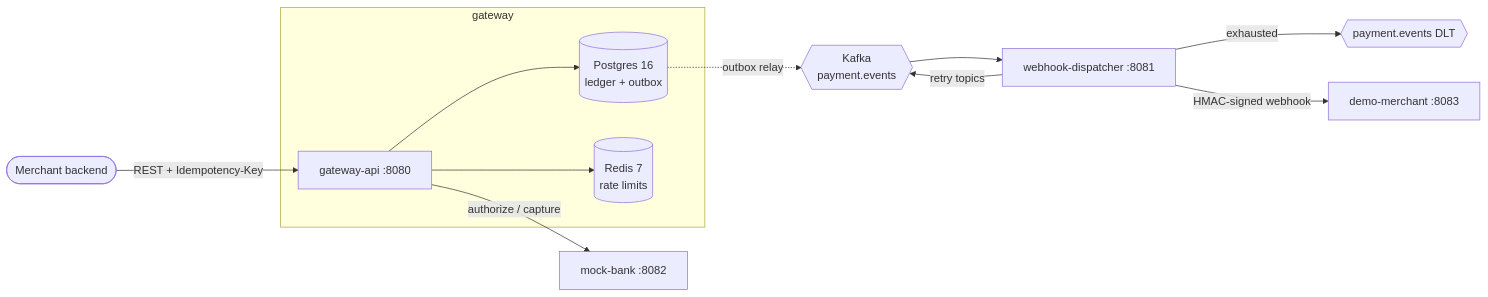
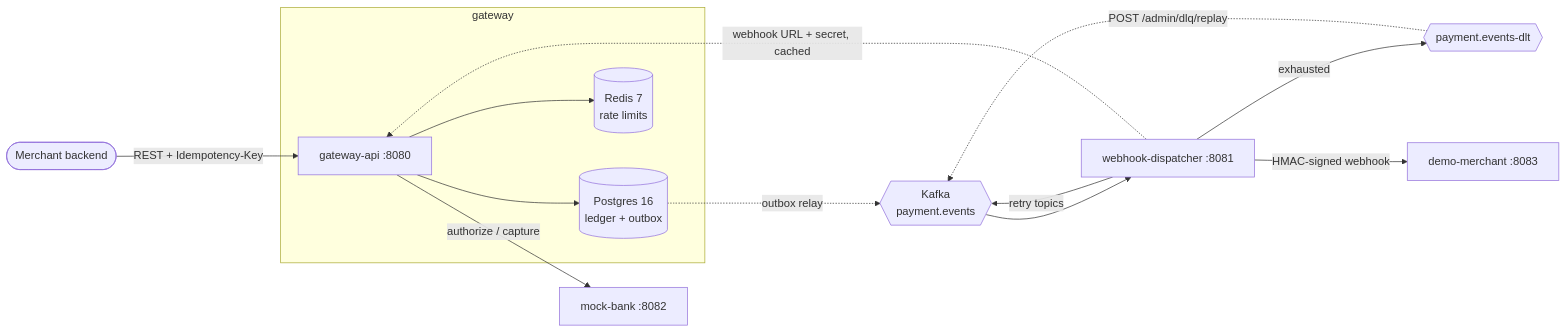
The first of 4 diagrams in docs/DESIGN.md (garima24112000/ledgerline), drawn with Mermaid before and after one commit. The commit also changed other lines of this file and 58 other files, not shown here.

````diff
--- a/docs/DESIGN.md
+++ b/docs/DESIGN.md
@@ -5,16 +5,18 @@
 ```mermaid
 flowchart LR
     client([Merchant backend]) -->|REST + Idempotency-Key| gw[gateway-api :8080]
 
     subgraph gateway
         gw --> pg[(Postgres 16<br/>ledger + outbox)]
         gw --> redis[(Redis 7<br/>rate limits)]
     end
 
     gw -->|authorize / capture| bank[mock-bank :8082]
     pg -. outbox relay .-> kafka{{Kafka<br/>payment.events}}
     kafka --> wd[webhook-dispatcher :8081]
     wd -->|retry topics| kafka
-    wd -->|exhausted| dlt{{payment.events DLT}}
+    wd -->|exhausted| dlt{{payment.events-dlt}}
+    dlt -. POST /admin/dlq/replay .-> kafka
     wd -->|HMAC-signed webhook| dm[demo-merchant :8083]
+    wd -. webhook URL + secret, cached .-> gw
 ```
````
